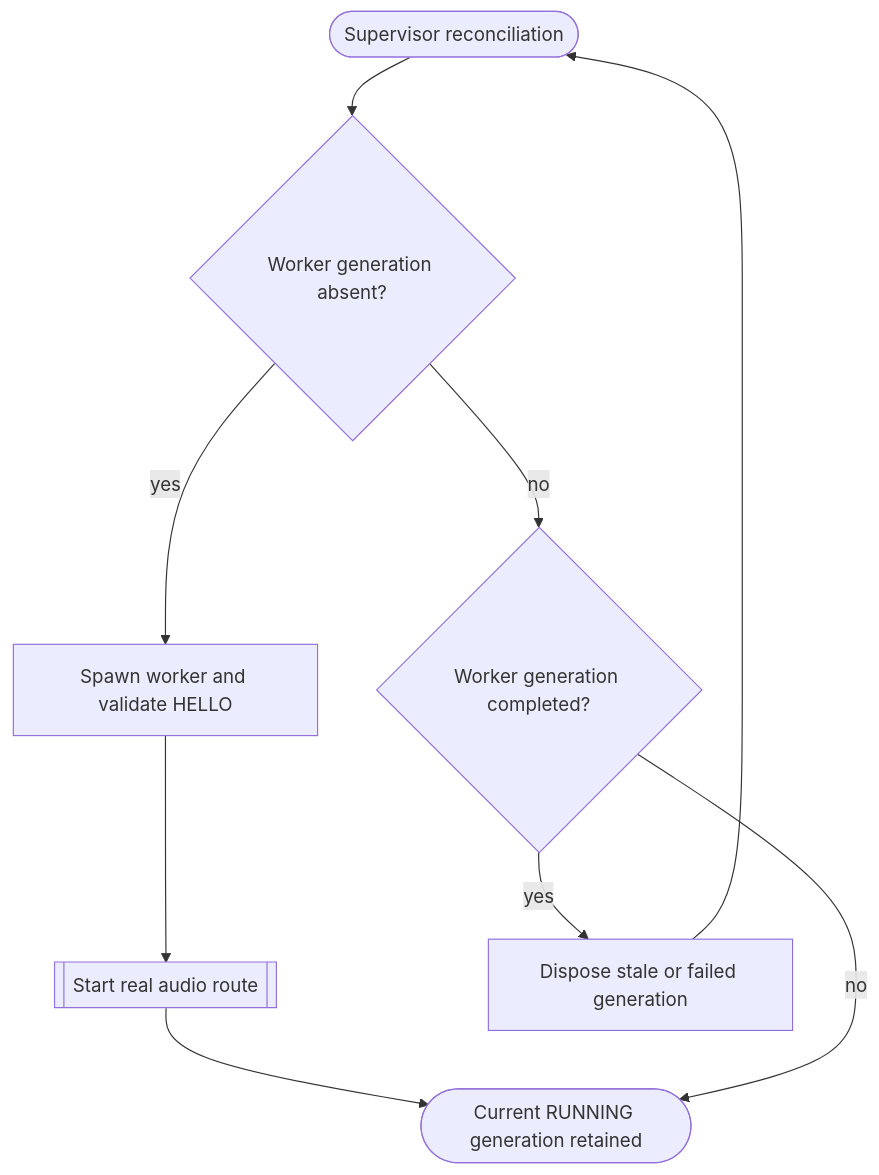
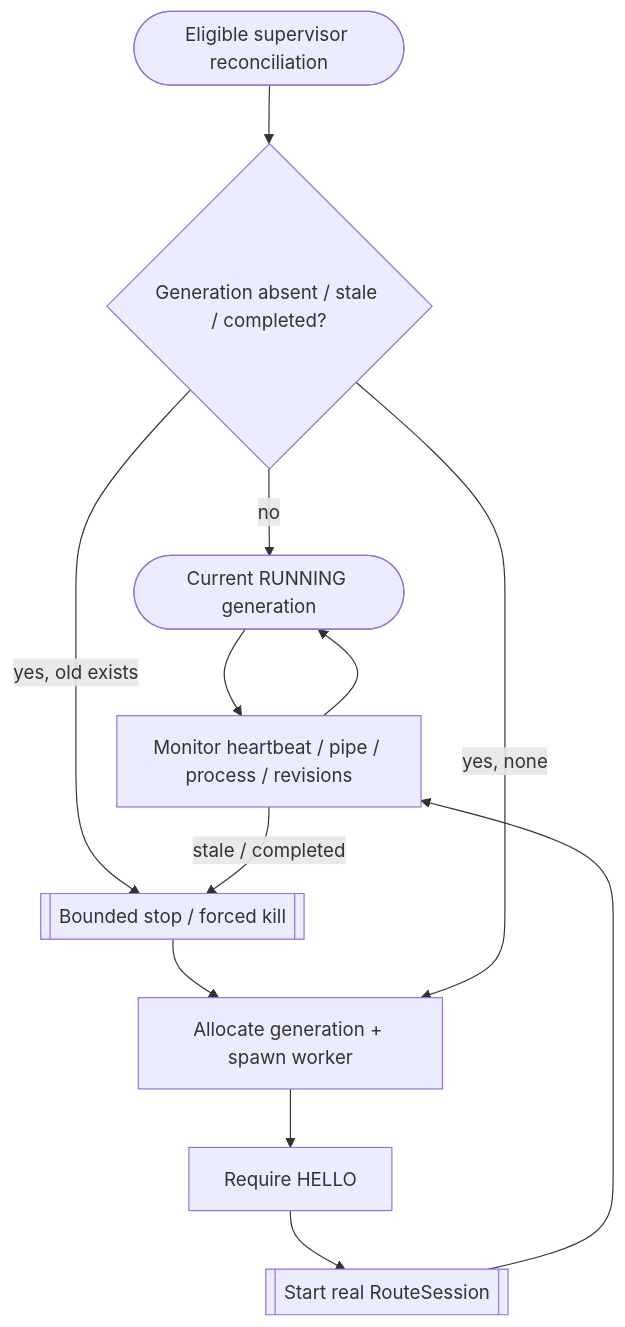
Before and after one commit to STanJK/LE-Audio-Relay: the diagram in VF/worker-generation.vf.md, drawn with Mermaid. The commit also changed other lines of this file and 10 other files, not shown here.

Commit message:
docs(vfkb): refactor current semantic graph around ownership and liveness

````diff
--- a/VF/worker-generation.vf.md
+++ b/VF/worker-generation.vf.md
@@ -91,49 +91,26 @@
 ```mermaid
 flowchart TD
-    %% vf:flow id="worker-generation"
+    reconcile(["Eligible supervisor reconciliation"])
+    stale{"Generation absent / stale / completed?"}
+    spawn["Allocate generation + spawn worker"]
+    hello["Require HELLO"]
 
-    %% vf:element kind="input"
-    reconcile(["Supervisor reconciliation"])
+    %% vf:expand node="leaudio-router.round4-shell.worker-generation.route-session"
+    route[["Start real RouteSession"]]
 
-    %% vf:element kind="decision"
-    %% vf:guard expr="active == null" source="supervisor"
-    absent{"Worker generation absent?"}
+    monitor["Monitor heartbeat / pipe / process / revisions"]
 
-    %% vf:element kind="action"
-    %% vf:op call target="StartWorkerProcess" args="pipeName,generation,configuration" source="supervisor"
-    spawn["Spawn worker and validate HELLO"]
+    %% vf:expand node="leaudio-router.round4-shell.worker-generation.worker-control-liveness"
+    stop[["Bounded stop / forced kill"]]
 
-    %% vf:element kind="child"
-    %% vf:expand node="leaudio-router.round4-shell.worker-generation.route-session"
-    route[["Start real audio route"]]
+    running(["Current RUNNING generation"])
 
-    %% vf:element kind="decision"
-    %% vf:guard expr="active.Completion.IsCompleted" source="supervisor"
-    completed{"Worker generation completed?"}
-
-    %% vf:element kind="action"
-    %% vf:op call target="StopGenerationAsync" args="active,cancellationToken" source="supervisor"
-    replace["Dispose stale or failed generation"]
-
-    %% vf:element kind="output"
-    healthy(["Current RUNNING generation retained"])
-
-    reconcile --> absent
-
-    %% vf:branch when="active == null"
-    absent -->|"yes"| spawn
-
-    %% vf:branch when="active != null"
-    absent -->|"no"| completed
-
-    spawn --> route
-    route --> healthy
-
-    %% vf:branch when="active.Completion.IsCompleted"
-    completed -->|"yes"| replace
-
-    %% vf:branch when="!active.Completion.IsCompleted"
-    completed -->|"no"| healthy
-
-    replace --> reconcile
+    reconcile --> stale
+    stale -->|"no"| running
+    stale -->|"yes, old exists"| stop
+    stop --> spawn
+    stale -->|"yes, none"| spawn
+    spawn --> hello --> route --> monitor --> running
+    running --> monitor
+    monitor -->|"stale / completed"| stop
 ```
````
